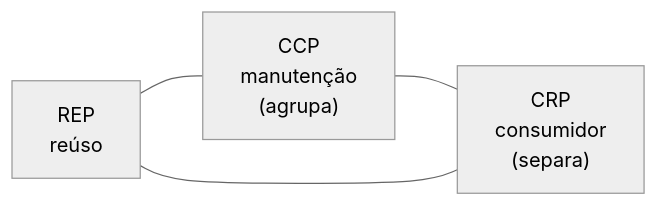
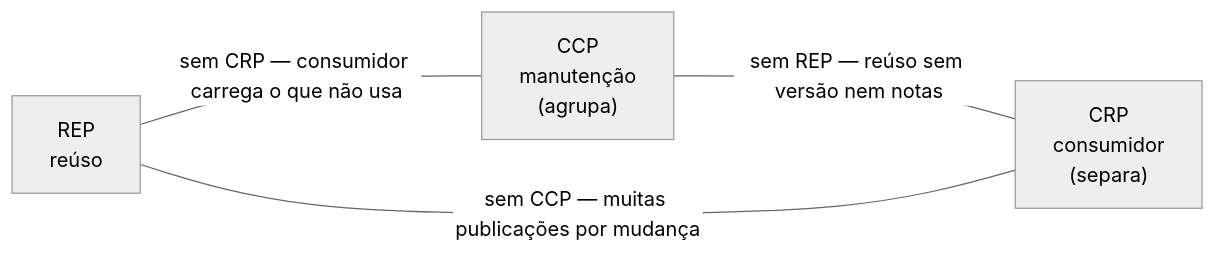
Before and after one commit to oadcavalcante/software-architecture-mastery: the diagram in docs/02-software-design/package-design.md, drawn with Mermaid (neutral theme). The commit also changed other lines of this file and 21 other files, not shown here.

Commit message:
conteudo: fecha os altos de 11 documentos — contas que nao fechavam e absolutos sem eixo

````diff
--- a/docs/02-software-design/package-design.md
+++ b/docs/02-software-design/package-design.md
@@ -72,6 +74,6 @@
 ```mermaid
 graph LR
-  REP["REP<br/>reúso"] --- CCP["CCP<br/>manutenção<br/>(agrupa)"]
-  CCP --- CRP["CRP<br/>consumidor<br/>(separa)"]
-  CRP --- REP
+  REP["REP<br/>reúso"] ---|sem CRP — consumidor carrega o que não usa| CCP["CCP<br/>manutenção<br/>(agrupa)"]
+  CCP ---|sem REP — reúso sem versão nem notas| CRP["CRP<br/>consumidor<br/>(separa)"]
+  CRP ---|sem CCP — muitas publicações por mudança| REP
 ```
````
